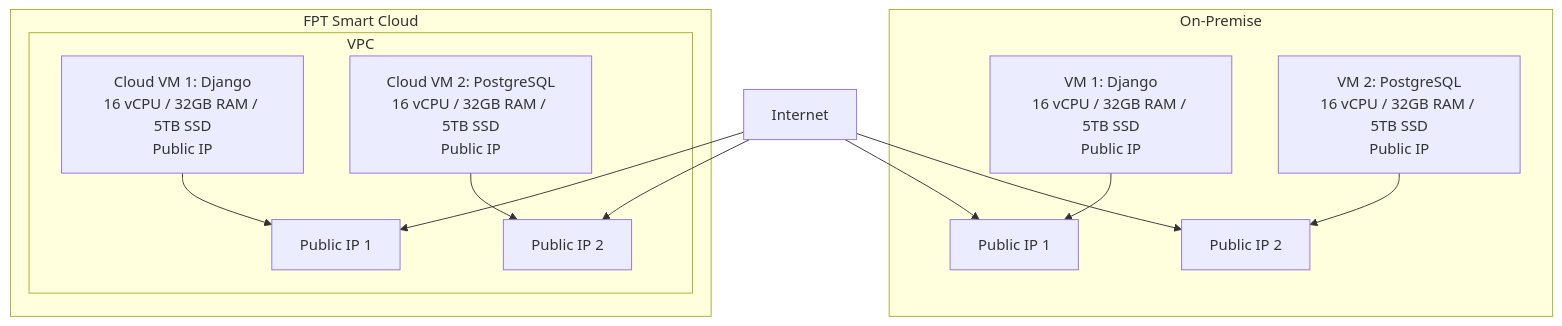
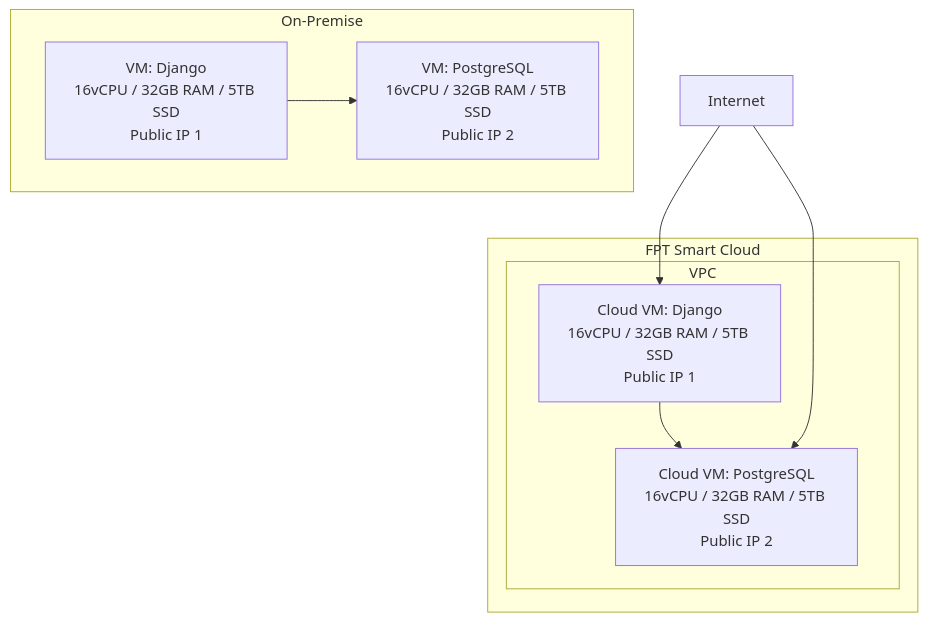
One commit to quangkhoi1228/cloud-solution-agents changed the first of 2 diagrams in backend/workspace/2025_07_di_chuyen_he_thong_len_fpt_smart_cloud/final_proposal.md. Above: the diagram before and after it, drawn with Mermaid. The commit also changed other lines of this file and 25 other files, not shown here.

````diff
--- a/backend/workspace/2025_07_di_chuyen_he_thong_len_fpt_smart_cloud/final_proposal.md
+++ b/backend/workspace/2025_07_di_chuyen_he_thong_len_fpt_smart_cloud/final_proposal.md
@@ -24,23 +18,17 @@
 ```mermaid
-flowchart TB
-    subgraph s1["On-Premise"]
-            OPVM1["VM 1: Django<br>16 vCPU / 32GB RAM / 5TB SSD<br>Public IP"]
-            OPVM2["VM 2: PostgreSQL<br>16 vCPU / 32GB RAM / 5TB SSD<br>Public IP"]
-            OPIP1["Public IP 1"]
-            OPIP2["Public IP 2"]
-    end
-    subgraph VPC["VPC"]
-            CloudVM1["Cloud VM 1: Django<br>16 vCPU / 32GB RAM / 5TB SSD<br>Public IP"]
-            CloudVM2["Cloud VM 2: PostgreSQL<br>16 vCPU / 32GB RAM / 5TB SSD<br>Public IP"]
-            CloudIP1["Public IP 1"]
-            CloudIP2["Public IP 2"]
-    end
-    subgraph subGraph2["FPT Smart Cloud"]
-            VPC
-    end
-        OPVM1 --> OPIP1
-        OPVM2 --> OPIP2
-        CloudVM1 --> CloudIP1
-        CloudVM2 --> CloudIP2
-        InternetNode["Internet"] --> OPIP1 & OPIP2 & CloudIP1 & CloudIP2
+    flowchart TB
+        subgraph s1["On-Premise"]
+                OPVM1["VM: Django<br>16vCPU / 32GB RAM / 5TB SSD<br>Public IP 1"]
+                OPVM2["VM: PostgreSQL<br>16vCPU / 32GB RAM / 5TB SSD<br>Public IP 2"]
+        end
+        subgraph VPC["VPC"]
+                CloudVM1["Cloud VM: Django<br>16vCPU / 32GB RAM / 5TB SSD<br>Public IP 1"]
+                CloudVM2["Cloud VM: PostgreSQL<br>16vCPU / 32GB RAM / 5TB SSD<br>Public IP 2"]
+        end
+        subgraph subGraph2["FPT Smart Cloud"]
+                VPC
+        end
+            OPVM1 --> OPVM2
+            CloudVM1 --> CloudVM2
+            InternetNode["Internet"] --> CloudVM1 & CloudVM2
 ```
````
